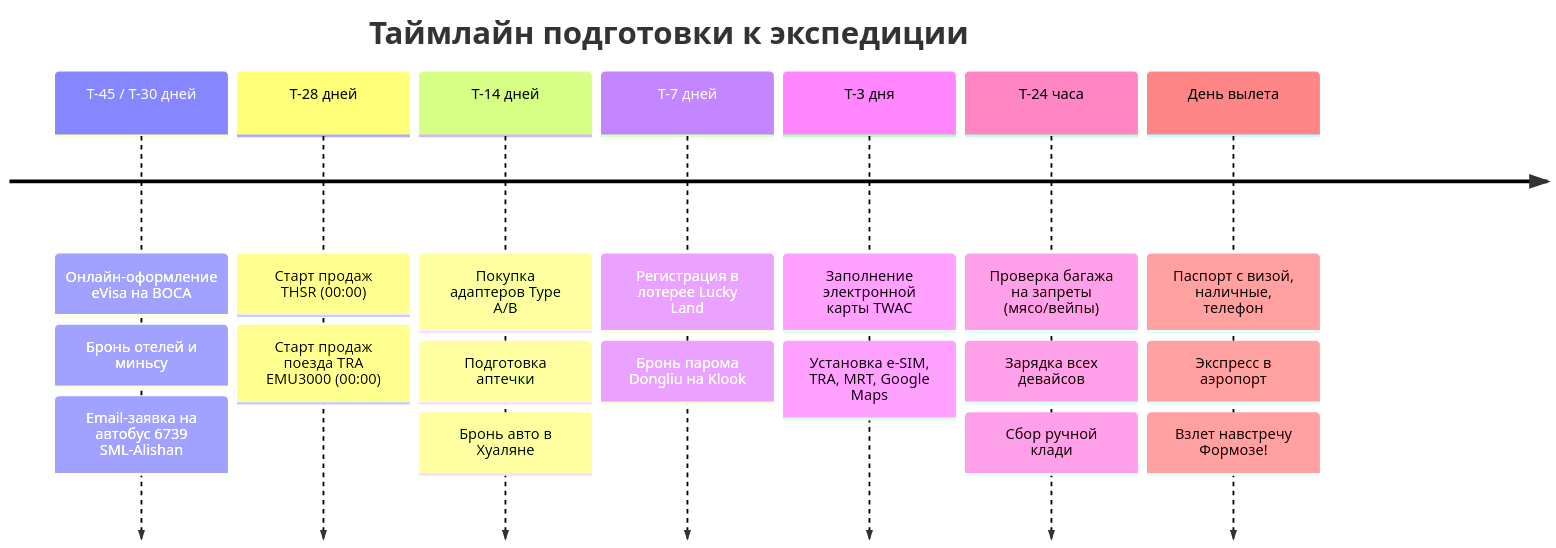
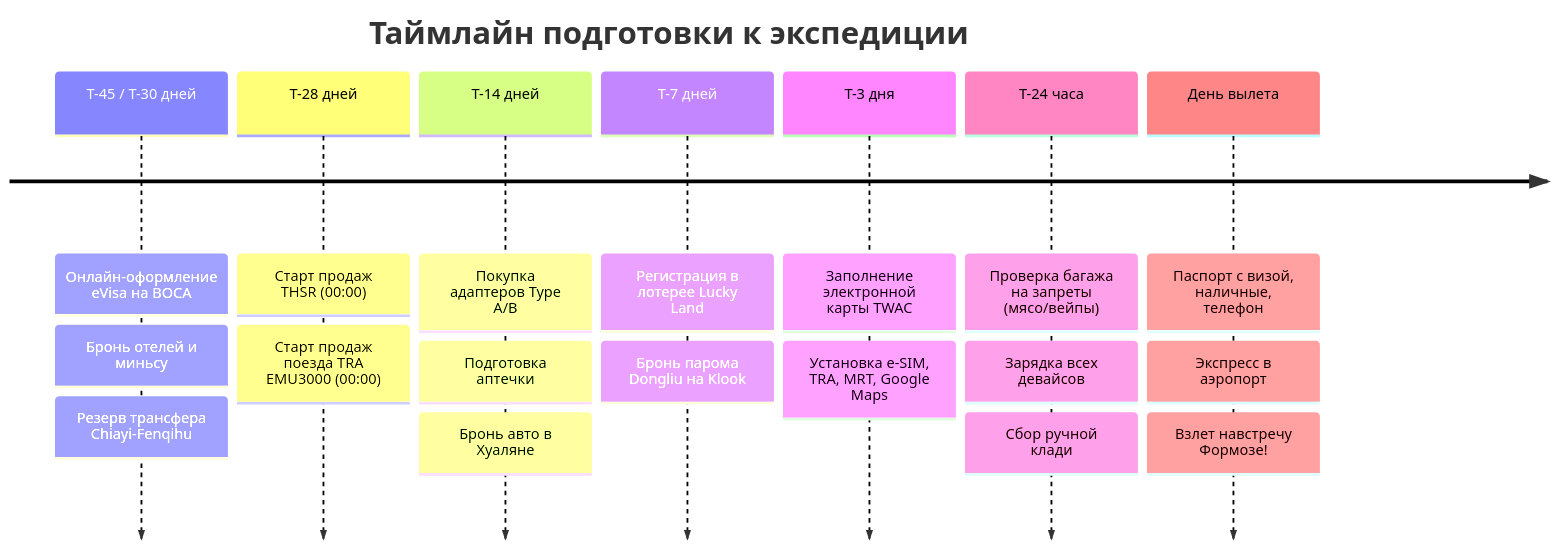
One commit to injurka/obsidian-mark changed the second of 2 diagrams in Personal Note/Travel/-- Taiwan/06 - Чек лист/Чек-лист подготовки и сборов.md. Above: the diagram before and after it, drawn with Mermaid. The commit also changed other lines of this file and 156 other files, not shown here.

````diff
--- a/Personal Note/Travel/-- Taiwan/06 - Чек лист/Чек-лист подготовки и сборов.md
+++ b/Personal Note/Travel/-- Taiwan/06 - Чек лист/Чек-лист подготовки и сборов.md
@@ -198,11 +198,11 @@
 ```mermaid
 timeline
     title Таймлайн подготовки к экспедиции
-    T-45 / T-30 дней : Онлайн-оформление eVisa на BOCA : Бронь отелей и миньсу : Email-заявка на автобус 6739 SML-Alishan
+    T-45 / T-30 дней : Онлайн-оформление eVisa на BOCA : Бронь отелей и миньсу : Резерв трансфера Chiayi-Fenqihu
     T-28 дней : Старт продаж THSR (00:00) : Старт продаж поезда TRA EMU3000 (00:00)
     T-14 дней : Покупка адаптеров Type A/B : Подготовка аптечки : Бронь авто в Хуаляне
     T-7 дней : Регистрация в лотерее Lucky Land : Бронь парома Dongliu на Klook
     T-3 дня : Заполнение электронной карты TWAC : Установка e-SIM, TRA, MRT, Google Maps
     T-24 часа : Проверка багажа на запреты (мясо/вейпы) : Зарядка всех девайсов : Сбор ручной клади
     День вылета : Паспорт с визой, наличные, телефон : Экспресс в аэропорт : Взлет навстречу Формозе!
 ```
````
